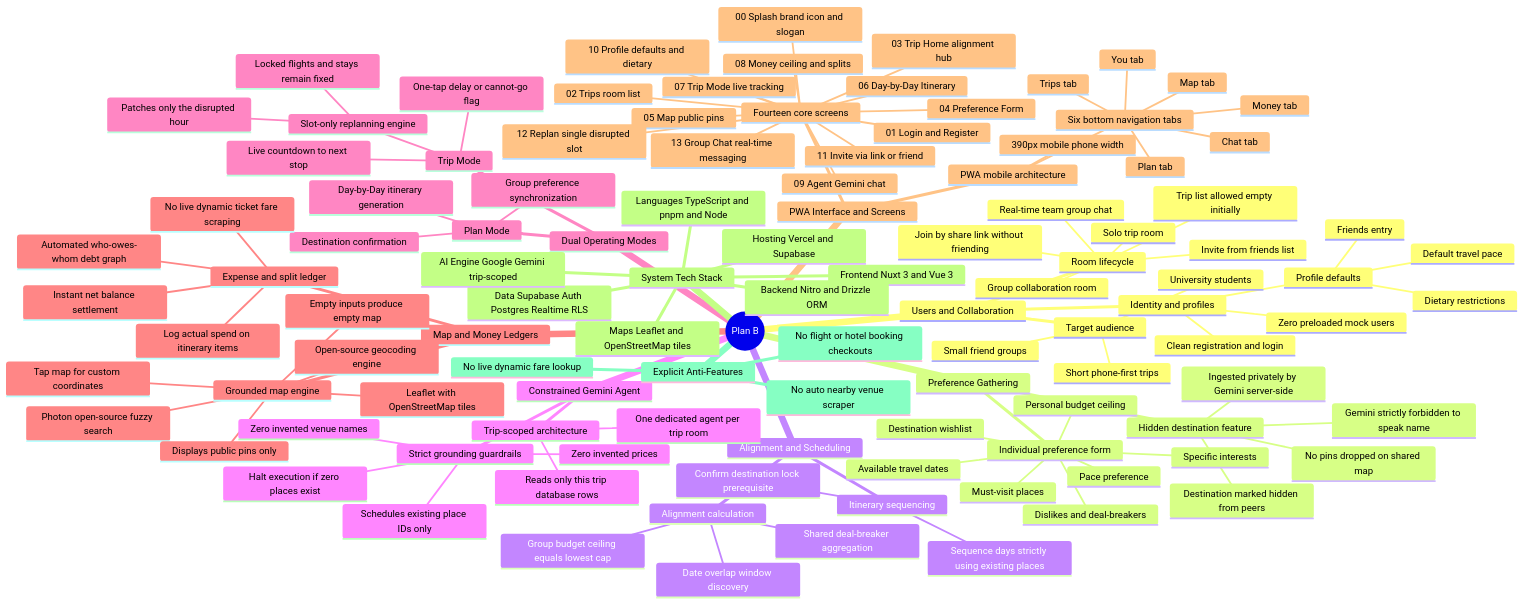
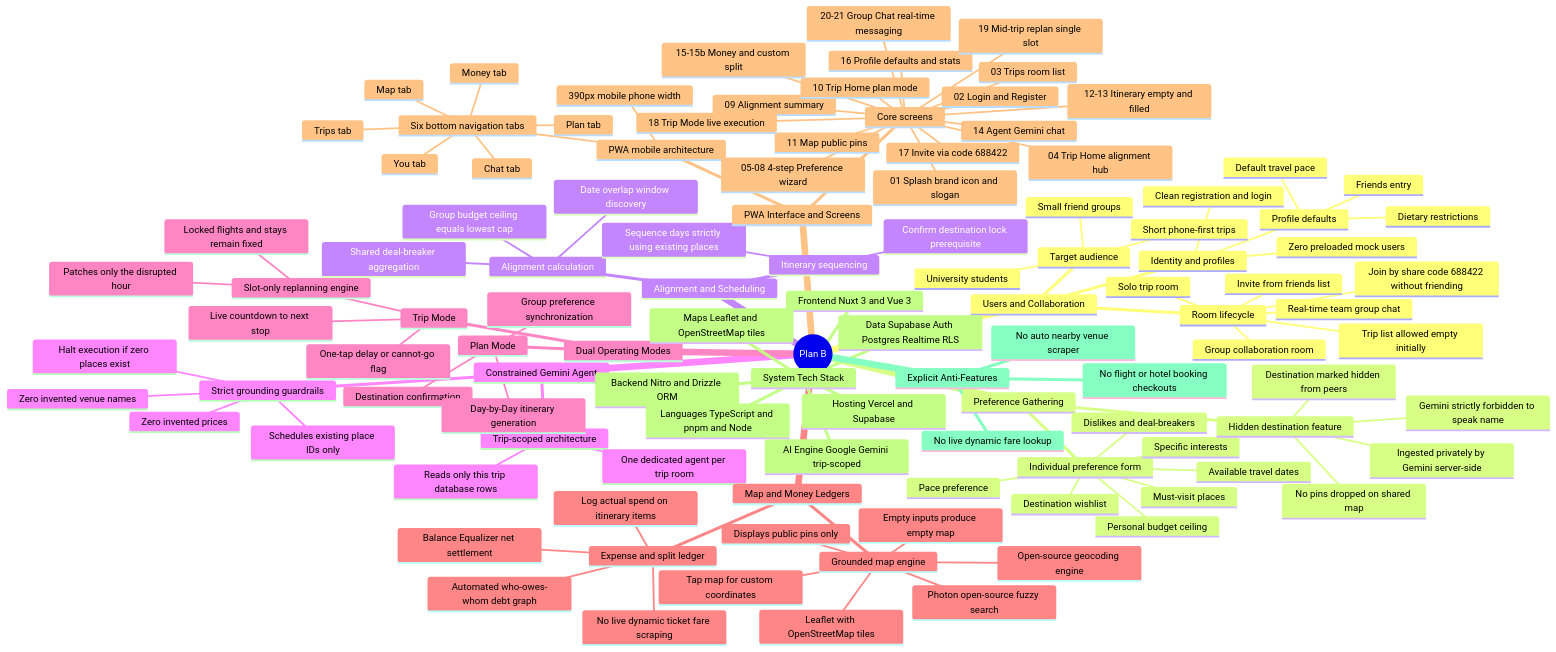
Before and after one commit to nlzce/We-are-the-champions_Plan-B: diagram 14 of 15 in README.md, drawn with Mermaid. The commit also changed other lines of this file, not shown here.

Commit message:
docs: align README structure, key screens, and user flow exactly with Figma UI design

```diff
--- a/README.md
+++ b/README.md
@@ -553,7 +567,7 @@
         Solo trip room
         Group collaboration room
         Real-time team group chat
-        Join by share link without friending
+        Join by share code 688422 without friending
         Invite from friends list
         Trip list allowed empty initially
       Identity and profiles
@@ -616,7 +630,7 @@
       Expense and split ledger
         Log actual spend on itinerary items
         Automated who-owes-whom debt graph
-        Instant net balance settlement
+        Balance Equalizer net settlement
         No live dynamic ticket fare scraping
     PWA Interface and Screens
       PWA mobile architecture
@@ -628,21 +642,23 @@
           Money tab
           You tab
           Chat tab
-      Fourteen core screens
-        00 Splash brand icon and slogan
-        01 Login and Register
-        02 Trips room list
-        03 Trip Home alignment hub
-        04 Preference Form
-        05 Map public pins
-        06 Day-by-Day Itinerary
-        07 Trip Mode live tracking
-        08 Money ceiling and splits
-        09 Agent Gemini chat
-        10 Profile defaults and dietary
-        11 Invite via link or friend
-        12 Replan single disrupted slot
-        13 Group Chat real-time messaging
+      Core screens
+        01 Splash brand icon and slogan
+        02 Login and Register
+        03 Trips room list
+        04 Trip Home alignment hub
+        05-08 4-step Preference wizard
+        09 Alignment summary
+        10 Trip Home plan mode
+        11 Map public pins
+        12-13 Itinerary empty and filled
+        14 Agent Gemini chat
+        15-15b Money and custom split
+        16 Profile defaults and stats
+        17 Invite via code 688422
+        18 Trip Mode live execution
+        19 Mid-trip replan single slot
+        20-21 Group Chat real-time messaging
     System Tech Stack
       Frontend Nuxt 3 and Vue 3
       Backend Nitro and Drizzle ORM
```
